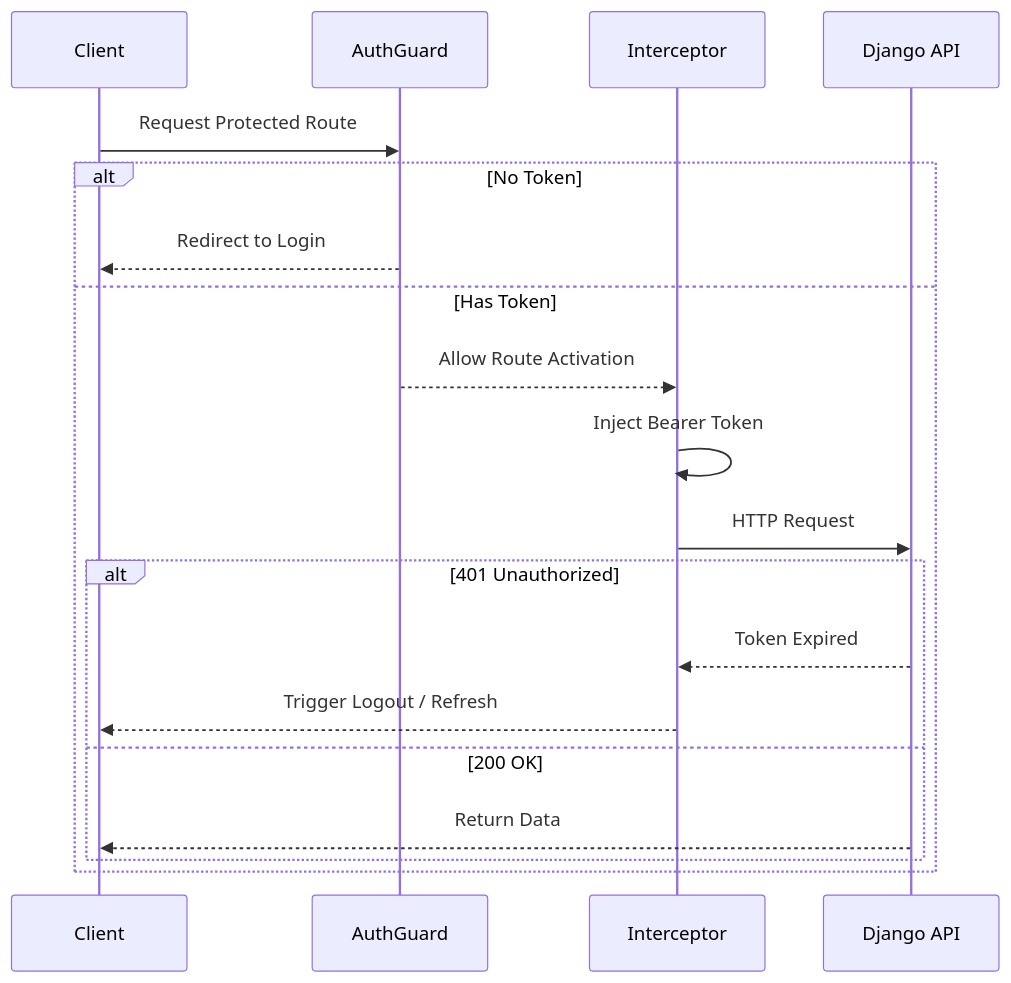
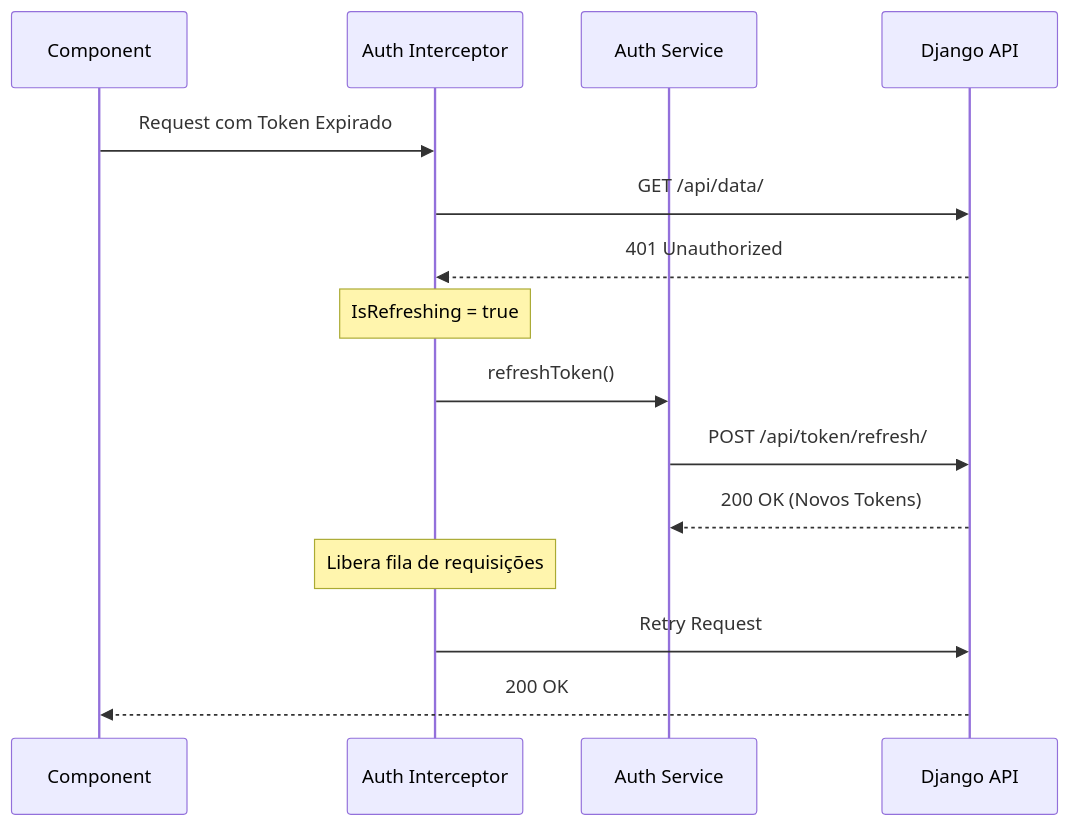
Before and after one commit to cros-dev/app-templates: the first of 3 diagrams in web/ARCHITETURE.md, drawn with Mermaid. The commit also changed other lines of this file and 26 other files, not shown here.

````diff
--- a/web/ARCHITETURE.md
+++ b/web/ARCHITETURE.md
@@ -76,22 +152,22 @@
 ```mermaid
 sequenceDiagram
-    participant Client
-    participant AuthGuard
-    participant Interceptor
-    participant Django API
+    participant UI as Component
+    participant Int as Auth Interceptor
+    participant Auth as Auth Service
+    participant API as Django API
 
-    Client->>AuthGuard: Request Protected Route
-    alt No Token
-        AuthGuard-->>Client: Redirect to Login
-    else Has Token
-        AuthGuard-->>Interceptor: Allow Route Activation
-        Interceptor->>Interceptor: Inject Bearer Token
-        Interceptor->>Django API: HTTP Request
-        alt 401 Unauthorized
-            Django API-->>Interceptor: Token Expired
-            Interceptor-->>Client: Trigger Logout / Refresh
-        else 200 OK
-            Django API-->>Client: Return Data
-        end
-    end
+    UI->>Int: Request com Token Expirado
+    Int->>API: GET /api/data/
+    API-->>Int: 401 Unauthorized
+
+    Note over Int: IsRefreshing = true
+
+    Int->>Auth: refreshToken()
+    Auth->>API: POST /api/token/refresh/
+    API-->>Auth: 200 OK (Novos Tokens)
+
+    Note over Int: Libera fila de requisições
+
+    Int->>API: Retry Request
+    API-->>UI: 200 OK
 ```
````
